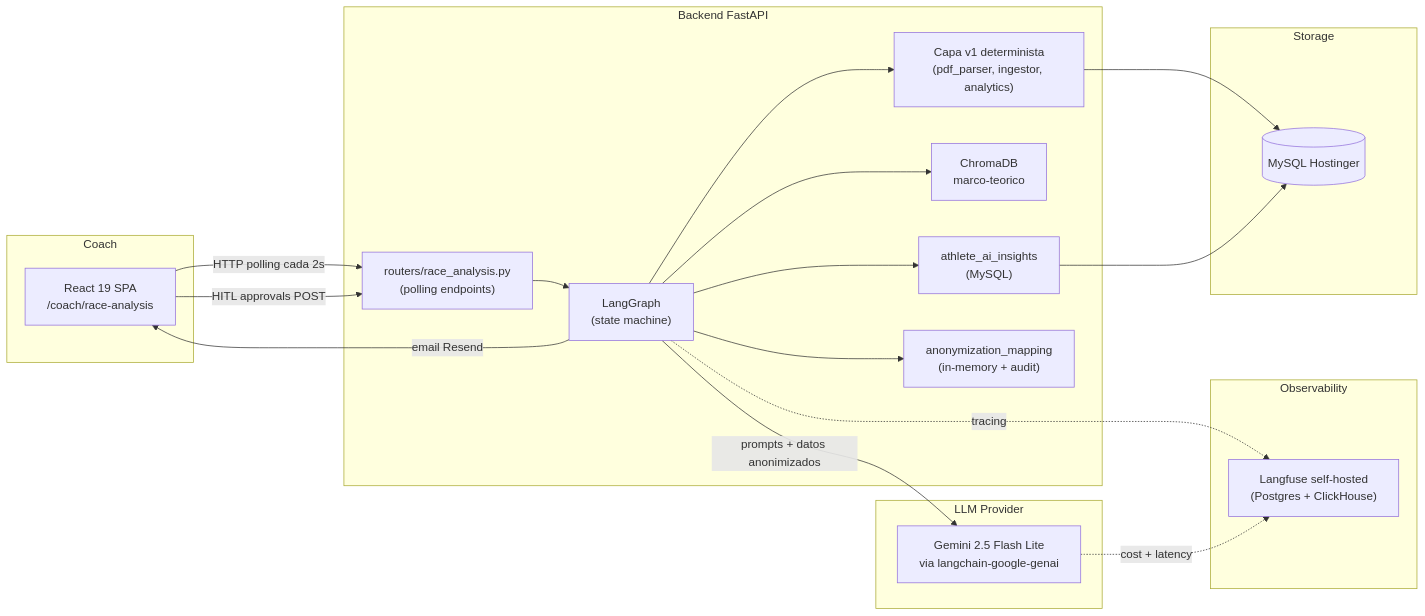
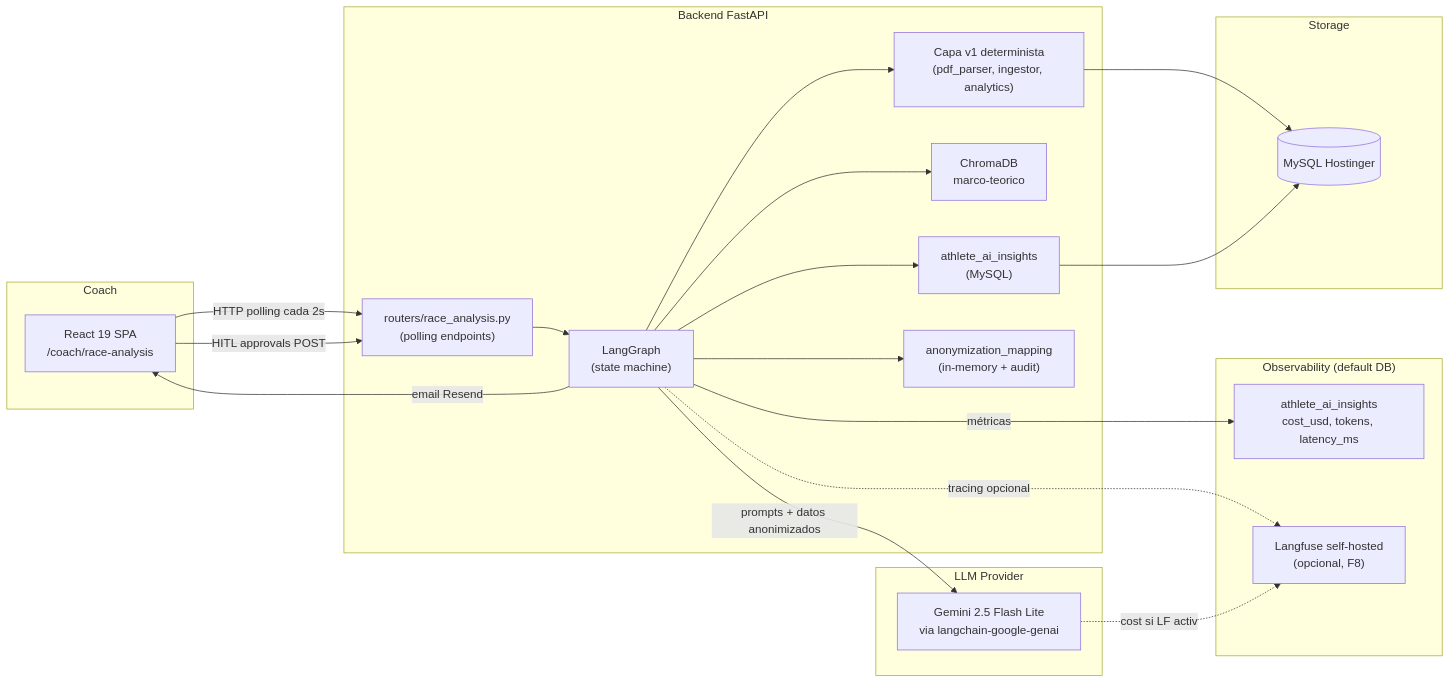
Before and after one commit to Club-Deportivo-Trocha-y-Ruta/mi: the first of 3 diagrams in docs/10-race-results/v2-agentic-design.md, drawn with Mermaid. The commit also changed other lines of this file, not shown here.

First line of the commit message:
docs(race-results): Langfuse self-hosted diferido a F8B opcional

````diff
--- a/docs/10-race-results/v2-agentic-design.md
+++ b/docs/10-race-results/v2-agentic-design.md
@@ -65,37 +65,39 @@
 ```mermaid
 flowchart LR
     subgraph "Coach"
         UI["React 19 SPA<br/>/coach/race-analysis"]
     end
     subgraph "Backend FastAPI"
         ROUTER["routers/race_analysis.py<br/>(polling endpoints)"]
         GRAPH["LangGraph<br/>(state machine)"]
         DET["Capa v1 determinista<br/>(pdf_parser, ingestor, analytics)"]
         RAG["ChromaDB<br/>marco-teorico"]
         MEM["athlete_ai_insights<br/>(MySQL)"]
         ANON["anonymization_mapping<br/>(in-memory + audit)"]
     end
     subgraph "LLM Provider"
         LLM["Gemini 2.5 Flash Lite<br/>via langchain-google-genai"]
     end
-    subgraph "Observability"
-        LF["Langfuse self-hosted<br/>(Postgres + ClickHouse)"]
+    subgraph "Observability (default DB)"
+        AUDIT["athlete_ai_insights<br/>cost_usd, tokens, latency_ms"]
+        LF["Langfuse self-hosted<br/>(opcional, F8)"]
     end
     subgraph "Storage"
         DB[(MySQL Hostinger)]
     end
 
     UI -->|HTTP polling cada 2s| ROUTER
     UI -->|HITL approvals POST| ROUTER
     ROUTER --> GRAPH
     GRAPH --> DET
     DET --> DB
     GRAPH --> RAG
     GRAPH --> MEM
     MEM --> DB
     GRAPH --> ANON
     GRAPH -->|prompts + datos anonimizados| LLM
-    GRAPH -.tracing.-> LF
-    LLM -.cost + latency.-> LF
+    GRAPH -->|métricas| AUDIT
+    GRAPH -.tracing opcional.-> LF
+    LLM -.cost si LF activo.-> LF
     GRAPH -->|email Resend| UI
 ```
````
